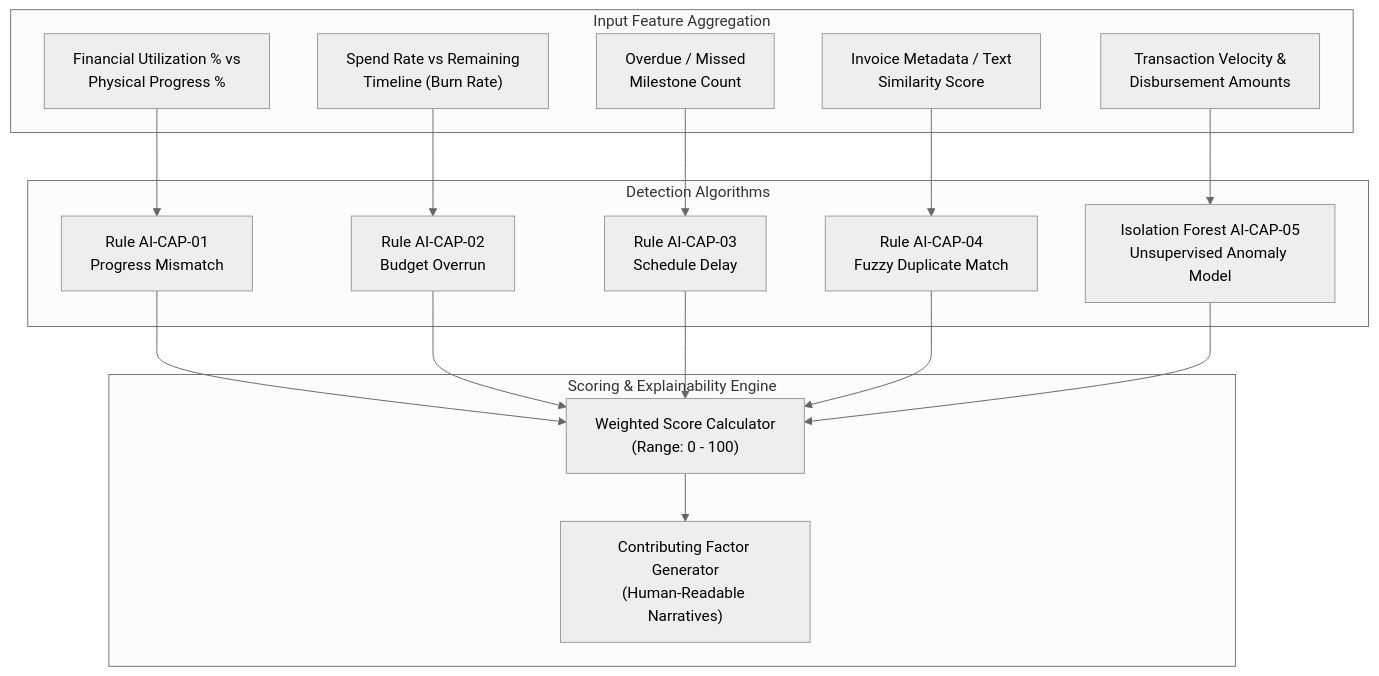
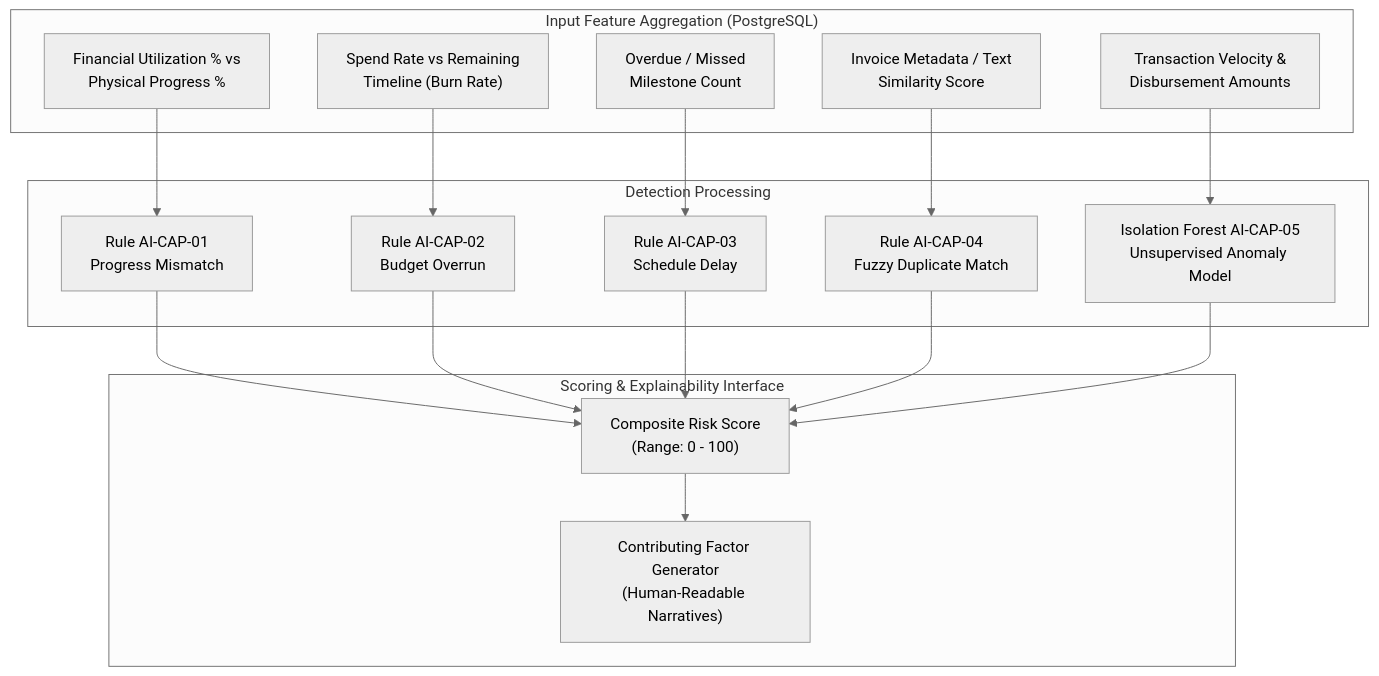
One commit to Nawazz6/public-fund-tracking-platform changed the fourth of 6 diagrams in docs/03-TRD.md. Above: the diagram before and after it, drawn with Mermaid (neutral theme). The commit also changed other lines of this file, not shown here.

````diff
--- a/docs/03-TRD.md
+++ b/docs/03-TRD.md
@@ -932,37 +969,37 @@
 ```mermaid
 flowchart TD
-    subgraph Inputs ["Input Feature Aggregation"]
+    subgraph Inputs ["Input Feature Aggregation (PostgreSQL)"]
         F1["Financial Utilization % vs<br/>Physical Progress %"]
         F2["Spend Rate vs Remaining<br/>Timeline (Burn Rate)"]
         F3["Overdue / Missed<br/>Milestone Count"]
         F4["Invoice Metadata / Text<br/>Similarity Score"]
         F5["Transaction Velocity &<br/>Disbursement Amounts"]
     end
 
-    subgraph Detectors ["Detection Algorithms"]
+    subgraph Detectors ["Detection Processing"]
         R1["Rule AI-CAP-01<br/>Progress Mismatch"]
         R2["Rule AI-CAP-02<br/>Budget Overrun"]
         R3["Rule AI-CAP-03<br/>Schedule Delay"]
         R4["Rule AI-CAP-04<br/>Fuzzy Duplicate Match"]
         IF["Isolation Forest AI-CAP-05<br/>Unsupervised Anomaly Model"]
     end
 
-    subgraph Aggregator ["Scoring & Explainability Engine"]
-        WeightedSum["Weighted Score Calculator<br/>(Range: 0 - 100)"]
+    subgraph Aggregator ["Scoring & Explainability Interface"]
+        WeightedSum["Composite Risk Score<br/>(Range: 0 - 100)"]
         ExplainEngine["Contributing Factor Generator<br/>(Human-Readable Narratives)"]
     end
 
     F1 --> R1
     F2 --> R2
     F3 --> R3
     F4 --> R4
     F5 --> IF
 
     R1 --> WeightedSum
     R2 --> WeightedSum
     R3 --> WeightedSum
     R4 --> WeightedSum
     IF --> WeightedSum
 
     WeightedSum --> ExplainEngine
 ```
````
